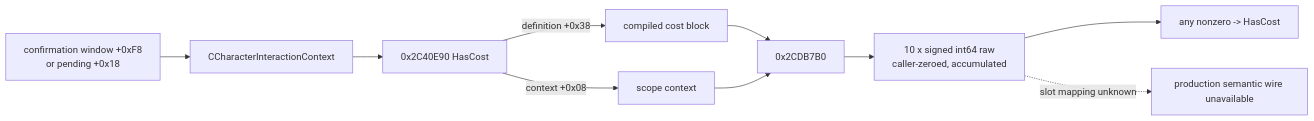
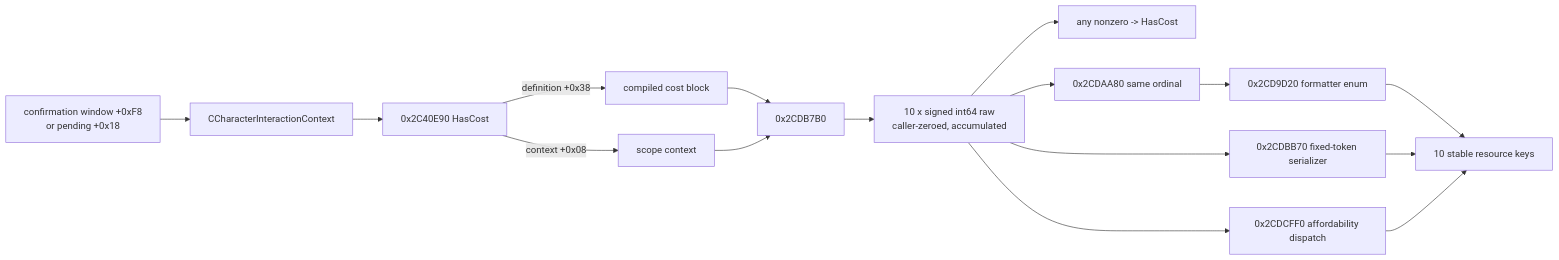
One commit to XenoAmess/ck3_eternal_recurrence changed the second of 5 diagrams in docs/ck3-native-ai/interaction-structured-terms.md. Above: the diagram before and after it, drawn with Mermaid. The commit also changed other lines of this file and 44 other files, not shown here.

````diff
--- a/docs/ck3-native-ai/interaction-structured-terms.md
+++ b/docs/ck3-native-ai/interaction-structured-terms.md
@@ -167,12 +178,18 @@
 ```mermaid
 flowchart LR
     W["confirmation window +0xF8\nor pending +0x18"] --> C["CCharacterInteractionContext"]
     C --> H["0x2C40E90 HasCost"]
     H -->|"definition +0x38"| B["compiled cost block"]
     H -->|"context +0x08"| Q["scope context"]
     B --> X["0x2CDB7B0"]
     Q --> X
     X --> V["10 x signed int64 raw\ncaller-zeroed, accumulated"]
     V --> Z["any nonzero -> HasCost"]
-    V -. "slot mapping unknown" .-> U["production semantic wire unavailable"]
+    V --> R["0x2CDAA80 same ordinal"]
+    R --> F["0x2CD9D20 formatter enum"]
+    V --> S["0x2CDBB70 fixed-token serializer"]
+    V --> A["0x2CDCFF0 affordability dispatch"]
+    F --> K["10 stable resource keys"]
+    S --> K
+    A --> K
 ```
````
